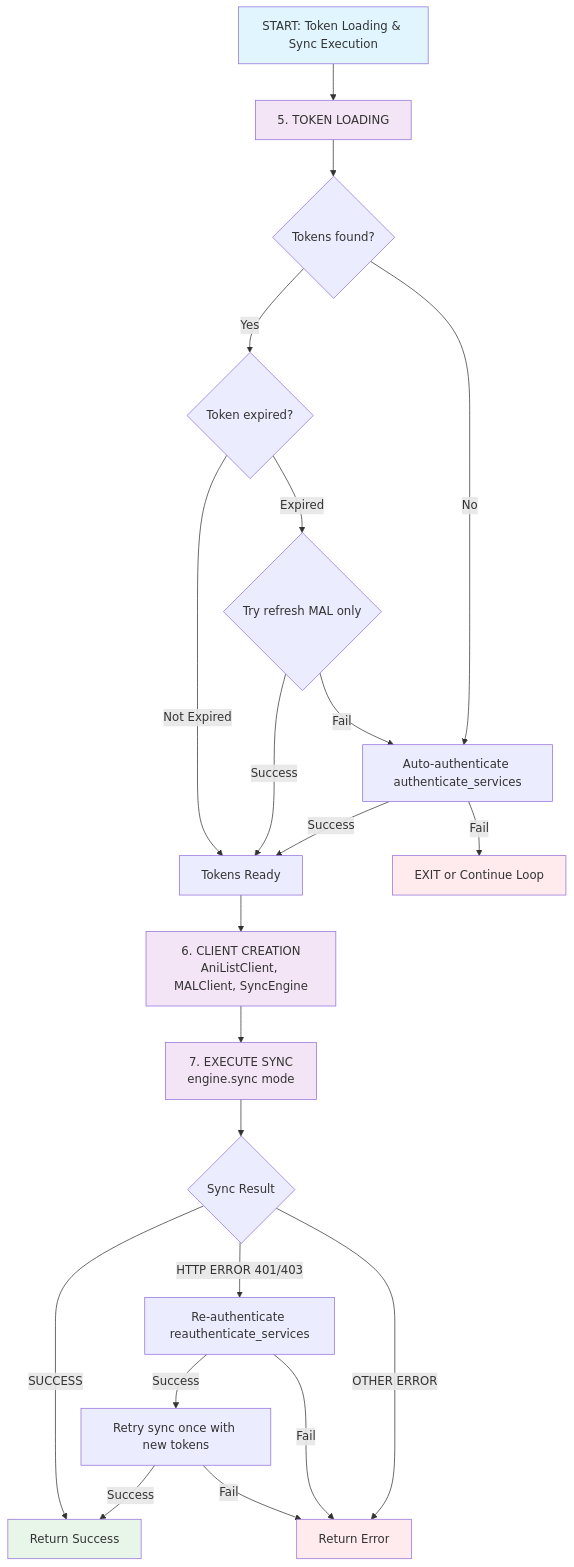
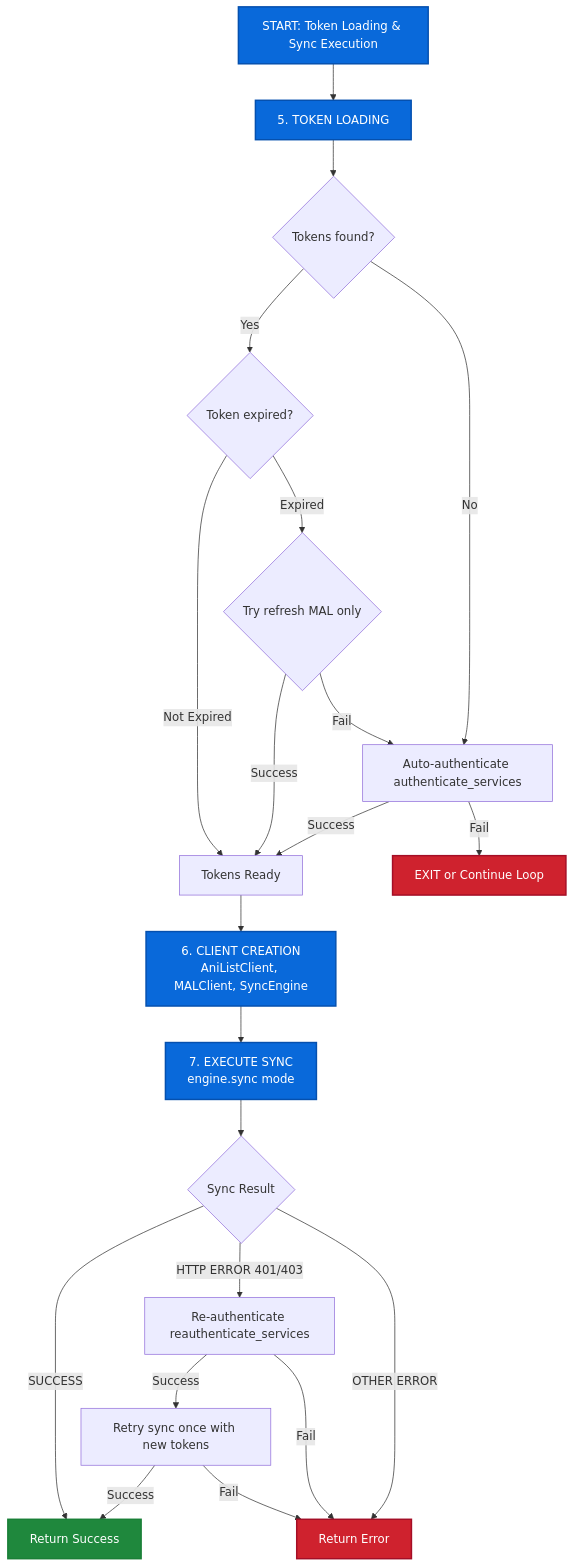
The second of 4 diagrams in README.md (Tareku99/anilist-mal-sync-v2), drawn with Mermaid before and after one commit. The commit also changed other lines of this file and 1 other file, not shown here.

Commit message:
style: update README diagram colors for improved visibility and add support section

````diff
--- a/README.md
+++ b/README.md
@@ -297,42 +297,42 @@
 ```mermaid
 flowchart TD
     TokenSyncFlow[START: Token Loading & Sync Execution] --> TokenLoad[5. TOKEN LOADING]
     
     TokenLoad --> TokensFound{Tokens found?}
     
     TokensFound -->|Yes| CheckExpired{Token expired?}
     TokensFound -->|No| AutoAuth[Auto-authenticate authenticate_services]
     
     AutoAuth -->|Success| TokenReady
     AutoAuth -->|Fail| ExitAuth[EXIT or Continue Loop]
     
     CheckExpired -->|Not Expired| TokenReady
     CheckExpired -->|Expired| RefreshToken{Try refresh MAL only}
     
     RefreshToken -->|Success| TokenReady
     RefreshToken -->|Fail| AutoAuth
     
     TokenReady[Tokens Ready] --> ClientCreate[6. CLIENT CREATION<br/>AniListClient, MALClient, SyncEngine]
     
     ClientCreate --> SyncExecute[7. EXECUTE SYNC<br/>engine.sync mode]
     
     SyncExecute --> SyncResult{Sync Result}
     
     SyncResult -->|SUCCESS| ReturnSuccess[Return Success]
     SyncResult -->|HTTP ERROR 401/403| ReAuth[Re-authenticate reauthenticate_services]
     SyncResult -->|OTHER ERROR| ReturnError[Return Error]
     
     ReAuth -->|Success| RetrySync[Retry sync once with new tokens]
     ReAuth -->|Fail| ReturnError
     
     RetrySync -->|Success| ReturnSuccess
     RetrySync -->|Fail| ReturnError
     
-    style TokenSyncFlow fill:#e1f5ff
-    style TokenLoad fill:#f3e5f5
-    style ClientCreate fill:#f3e5f5
-    style SyncExecute fill:#f3e5f5
-    style ReturnSuccess fill:#e8f5e9
-    style ReturnError fill:#ffebee
-    style ExitAuth fill:#ffebee
+    style TokenSyncFlow fill:#0969da,stroke:#0550ae,stroke-width:2px,color:#fff
+    style TokenLoad fill:#0969da,stroke:#0550ae,stroke-width:2px,color:#fff
+    style ClientCreate fill:#0969da,stroke:#0550ae,stroke-width:2px,color:#fff
+    style SyncExecute fill:#0969da,stroke:#0550ae,stroke-width:2px,color:#fff
+    style ReturnSuccess fill:#1f883d,stroke:#1a7f37,stroke-width:2px,color:#fff
+    style ReturnError fill:#cf222e,stroke:#a40e26,stroke-width:2px,color:#fff
+    style ExitAuth fill:#cf222e,stroke:#a40e26,stroke-width:2px,color:#fff
 ```
````
